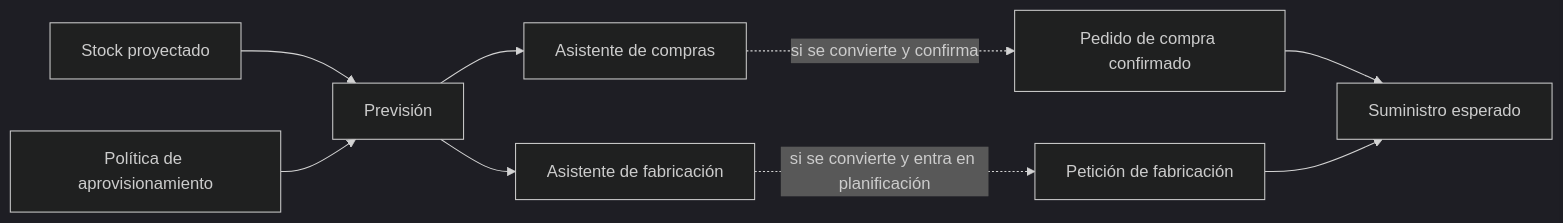
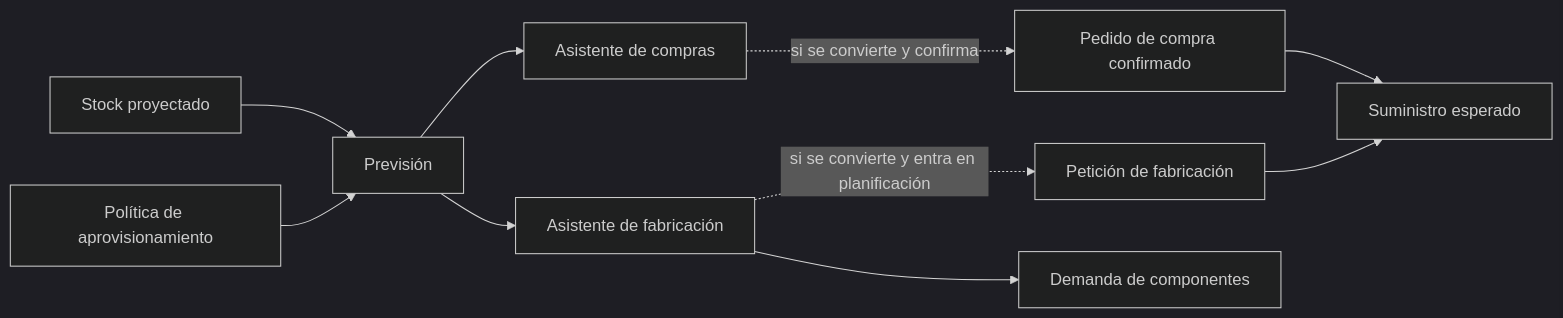
Before and after one commit to bold-factory/bold.docs: the diagram in es/conceptos/planificacion/previsiones-y-asistentes.mdx, drawn with Mermaid (dark theme). The commit also changed other lines of this file and 34 other files, not shown here.

````diff
--- a/es/conceptos/planificacion/previsiones-y-asistentes.mdx
+++ b/es/conceptos/planificacion/previsiones-y-asistentes.mdx
@@ -26,11 +26,12 @@
 ```mermaid
 flowchart LR
   P["Stock proyectado"] --> R["Previsión"]
   A["Política de aprovisionamiento"] --> R
   R --> C["Asistente de compras"]
   R --> F["Asistente de fabricación"]
   C -. "si se convierte y confirma" .-> PC["Pedido de compra confirmado"]
   F -. "si se convierte y entra en planificación" .-> PF["Petición de fabricación"]
+  F --> D["Demanda de componentes"]
   PC --> S["Suministro esperado"]
   PF --> S
 ```
````
